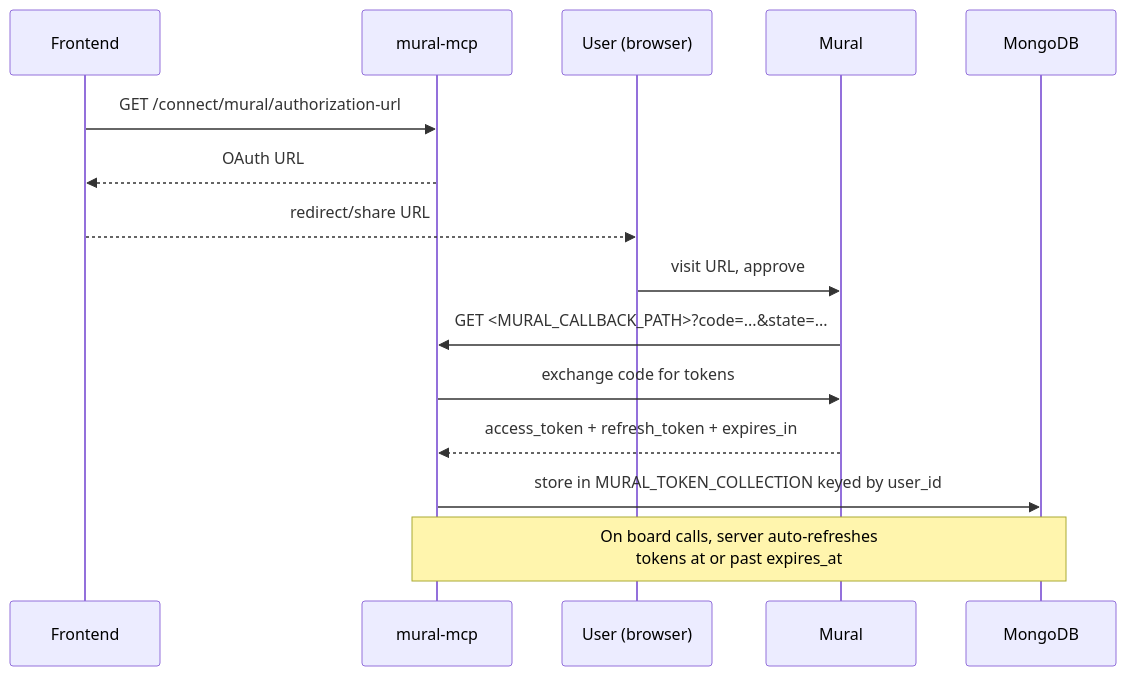
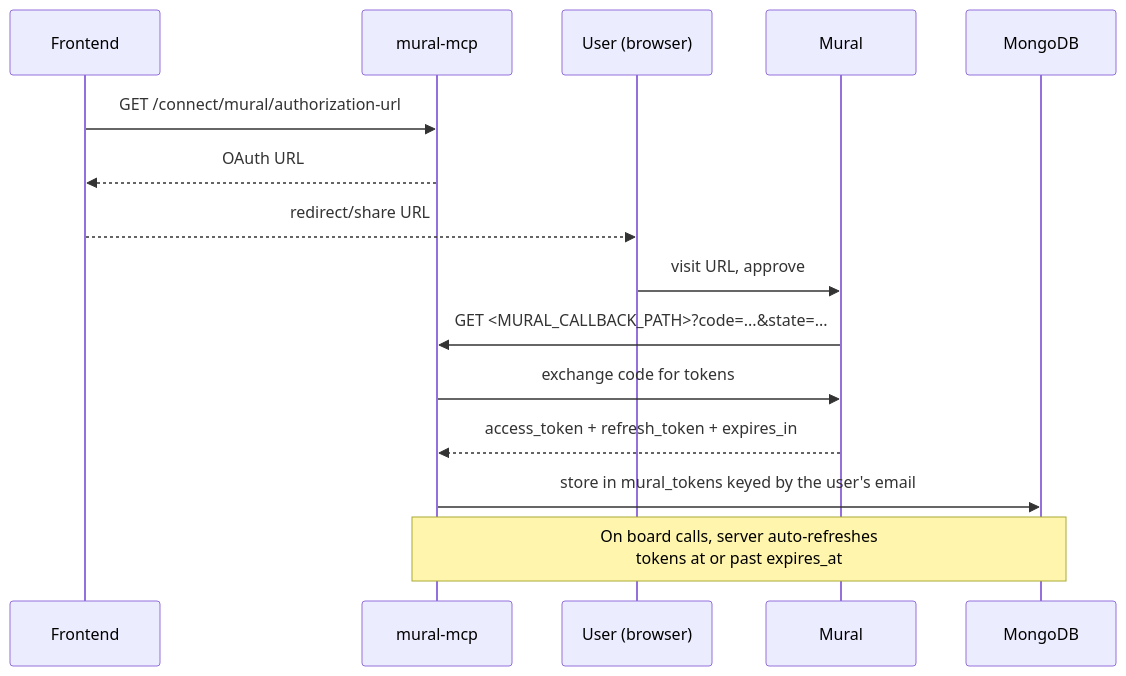
Before and after one commit to DEFRA/mural-mcp: the second of 3 diagrams in README.md, drawn with Mermaid. The commit also changed other lines of this file and 35 other files, not shown here.

First line of the commit message:
Use Email as User ID (#11)

````diff
--- a/README.md
+++ b/README.md
@@ -110,18 +100,18 @@
 ```mermaid
 sequenceDiagram
     participant Frontend as Frontend
     participant Server as mural-mcp
     participant User as User (browser)
     participant Mural as Mural
     participant Mongo as MongoDB
 
     Frontend->>Server: GET /connect/mural/authorization-url
     Server-->>Frontend: OAuth URL
     Frontend-->>User: redirect/share URL
     User->>Mural: visit URL, approve
     Mural->>Server: GET <MURAL_CALLBACK_PATH>?code=...&state=...
     Server->>Mural: exchange code for tokens
     Mural-->>Server: access_token + refresh_token + expires_in
-    Server->>Mongo: store in MURAL_TOKEN_COLLECTION keyed by user_id
+    Server->>Mongo: store in mural_tokens keyed by the user's email
     Note over Server,Mongo: On board calls, server auto-refreshes<br/>tokens at or past expires_at
 ```
````
